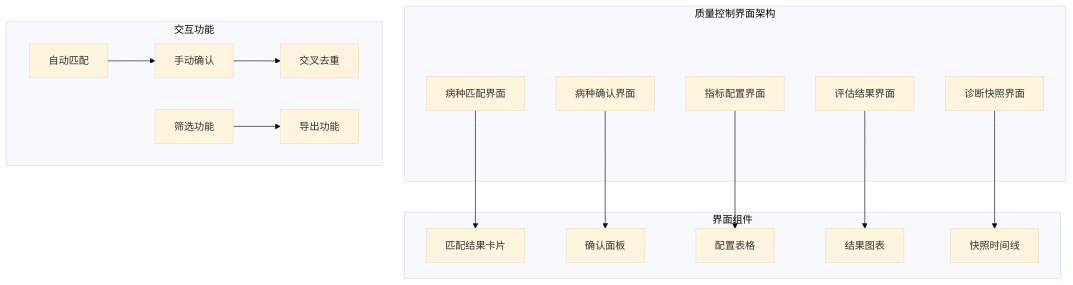
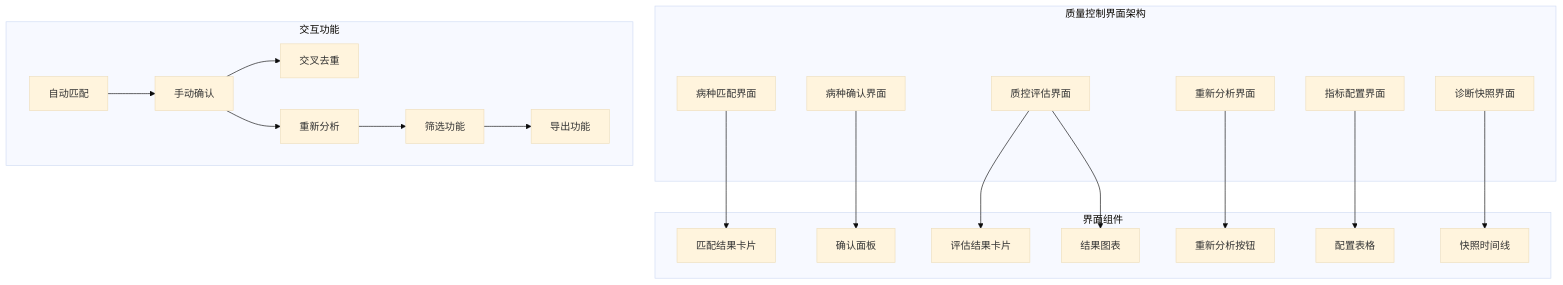
One commit to liuzh2008/med_ai_assistant_workspace changed diagram 16 of 19 in .qoder/repowiki/zh/content/Update Summary/Update Summary.md. Above: the diagram before and after it, drawn with Mermaid (base theme). The commit also changed other lines of this file and 5 other files, not shown here.

````diff
--- a/.qoder/repowiki/zh/content/Update Summary/Update Summary.md
+++ b/.qoder/repowiki/zh/content/Update Summary/Update Summary.md
@@ -1235,32 +1378,40 @@
 ```mermaid
 graph TB
 subgraph "质量控制界面架构"
 DiseaseMatch[病种匹配界面]
 DiseaseConfirm[病种确认界面]
+Assessment[质控评估界面]
+AssessmentReanalyze[重新分析界面]
 IndicatorConfig[指标配置界面]
-AssessmentResult[评估结果界面]
 DiagnosisSnapshot[诊断快照界面]
 end
 subgraph "界面组件"
 MatchCard[匹配结果卡片]
 ConfirmPanel[确认面板]
+AssessmentCard[评估结果卡片]
+ReanalyzeButton[重新分析按钮]
 ConfigTable[配置表格]
 ResultChart[结果图表]
 SnapshotTimeline[快照时间线]
 end
 subgraph "交互功能"
 AutoMatch[自动匹配]
 ManualConfirm[手动确认]
 CrossDeletion[交叉去重]
+Reanalyze[重新分析]
 Filter[筛选功能]
 Export[导出功能]
 end
 DiseaseMatch --> MatchCard
 DiseaseConfirm --> ConfirmPanel
+Assessment --> AssessmentCard
+AssessmentReanalyze --> ReanalyzeButton
 IndicatorConfig --> ConfigTable
-AssessmentResult --> ResultChart
+Assessment --> ResultChart
 DiagnosisSnapshot --> SnapshotTimeline
 AutoMatch --> ManualConfirm
 ManualConfirm --> CrossDeletion
+ManualConfirm --> Reanalyze
+Reanalyze --> Filter
 Filter --> Export
 ```
````
